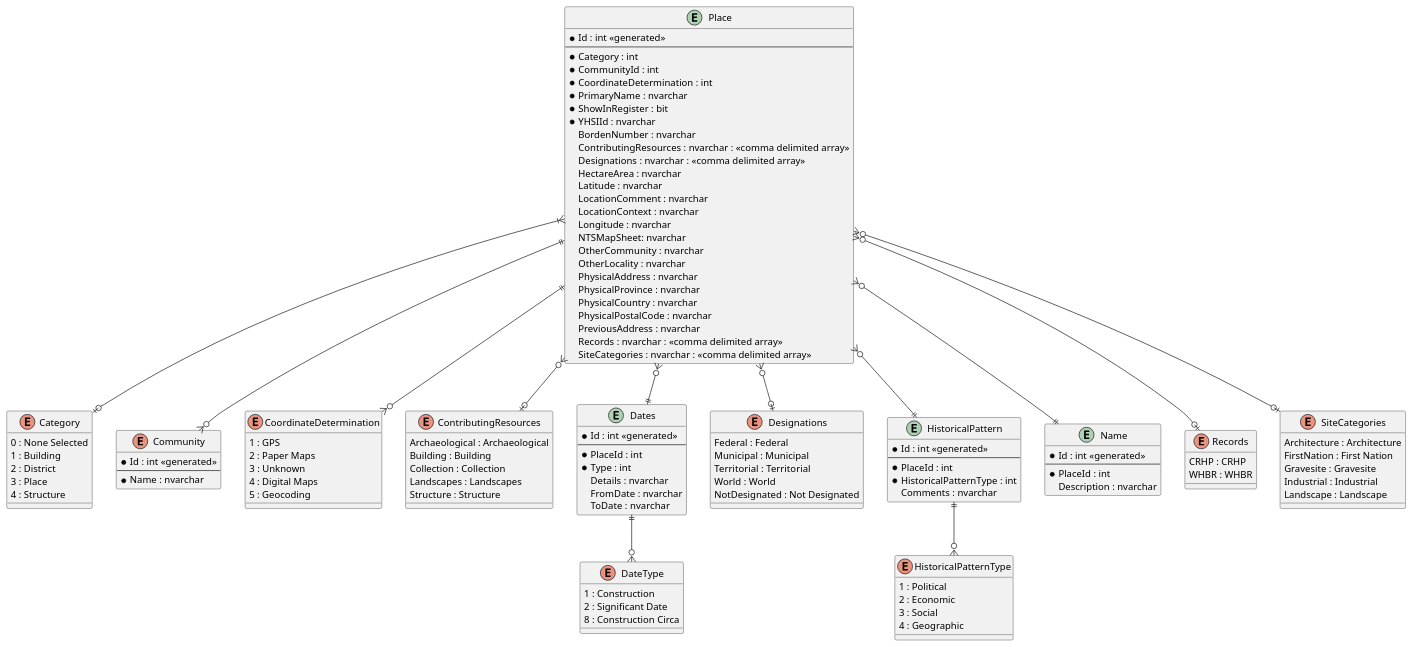
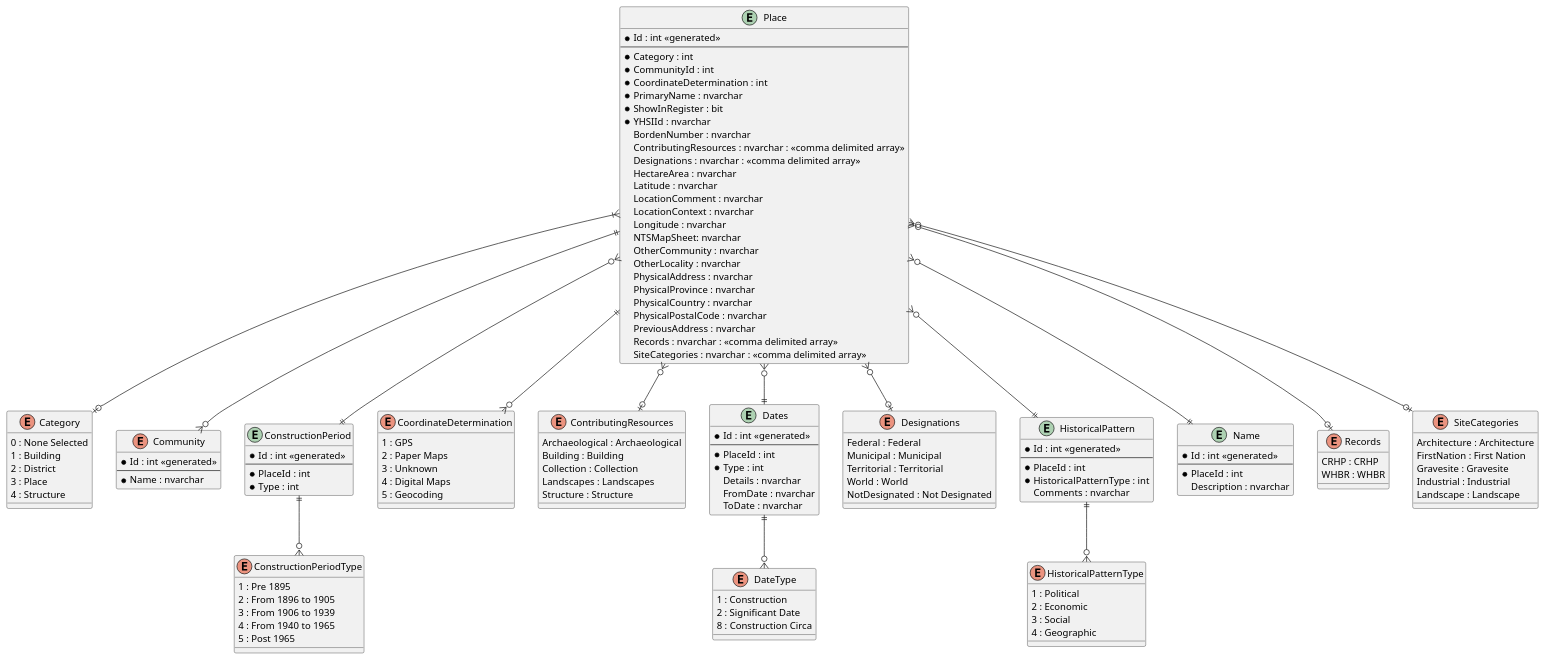
The diagram in Design/change-tracking-and-approvals-data-modeling.wsd (ytgov/yhsi), drawn with PlantUML before and after one commit. The commit also changed 1 other file, not shown here.

Commit message:
:memo: Add entity relationship info for ConstructionPeriod.

```diff
--- a/Design/change-tracking-and-approvals-data-modeling.wsd
+++ b/Design/change-tracking-and-approvals-data-modeling.wsd
@@ -1,134 +1,151 @@
 @startuml
 
 entity "Place" as place {
   * Id : int <<generated>>
   --
   * Category : int
   * CommunityId : int
   * CoordinateDetermination : int
   * PrimaryName : nvarchar
   * ShowInRegister : bit
   * YHSIId : nvarchar
   BordenNumber : nvarchar
   ContributingResources : nvarchar : <<comma delimited array>>
   Designations : nvarchar : <<comma delimited array>>
   HectareArea : nvarchar
   Latitude : nvarchar
   LocationComment : nvarchar
   LocationContext : nvarchar
   Longitude : nvarchar
   NTSMapSheet: nvarchar
   OtherCommunity : nvarchar
   OtherLocality : nvarchar
   PhysicalAddress : nvarchar
   PhysicalProvince : nvarchar
   PhysicalCountry : nvarchar
   PhysicalPostalCode : nvarchar
   PreviousAddress : nvarchar
   Records : nvarchar : <<comma delimited array>>
   SiteCategories : nvarchar : <<comma delimited array>>
 }
 
 enum "Category" as category {
   0 : None Selected
   1 : Building
   2 : District
   3 : Place
   4 : Structure
 }
 
 enum "Community" as community {
   * Id : int <<generated>>
   --
   * Name : nvarchar
+}
+
+entity "ConstructionPeriod" as construction_period {
+  * Id : int <<generated>>
+  --
+  * PlaceId : int
+  * Type : int
+}
+
+enum "ConstructionPeriodType" as construction_period_type {
+  1 : Pre 1895
+  2 : From 1896 to 1905
+  3 : From 1906 to 1939
+  4 : From 1940 to 1965
+  5 : Post 1965
 }
 
 enum "CoordinateDetermination" as coordinate_determination {
   1 : GPS
   2 : Paper Maps
   3 : Unknown
   4 : Digital Maps
   5 : Geocoding
 }
 
 enum "ContributingResources" as contributing_resources {
   Archaeological : Archaeological
   Building : Building
   Collection : Collection
   Landscapes : Landscapes
   Structure : Structure
 }
 
 entity "Dates" as dates {
   * Id : int <<generated>>
   --
   * PlaceId : int
   * Type : int
   Details : nvarchar
   FromDate : nvarchar
   ToDate : nvarchar
 }
 
 enum "DateType" as date_type {
   1 : Construction
   2 : Significant Date
   8 : Construction Circa
 }
 
 enum "Designations" as designations {
   Federal : Federal
   Municipal : Municipal
   Territorial : Territorial
   World : World
   NotDesignated : Not Designated
 }
 
 entity "HistoricalPattern" as historical_pattern {
   * Id : int <<generated>>
   --
   * PlaceId : int
   * HistoricalPatternType : int
   Comments : nvarchar
 }
 
 enum "HistoricalPatternType" as historical_pattern_type {
   1 : Political
   2 : Economic
   3 : Social
   4 : Geographic
 }
 
 entity "Name" as name {
   * Id : int <<generated>>
   --
   * PlaceId : int
   Description : nvarchar
 }
 
 enum "Records" as records {
   CRHP : CRHP
   WHBR : WHBR
 }
 
 enum "SiteCategories" as site_categories {
   Architecture : Architecture
   FirstNation : First Nation
   Gravesite : Gravesite
   Industrial : Industrial
   Landscape : Landscape
 }
 
 place }|--o| category
 place ||--o{ community
+place }o--|| construction_period
 place }o--o| contributing_resources
 place ||--o{ coordinate_determination
 place }o--|| dates
 place }o--o| designations
 place }o--|| historical_pattern
 place }o--|| name
 place }o--o| records
 place }o--o| site_categories
 historical_pattern ||--o{ historical_pattern_type
 dates ||--o{ date_type
+construction_period ||--o{ construction_period_type
 
 @enduml
```
